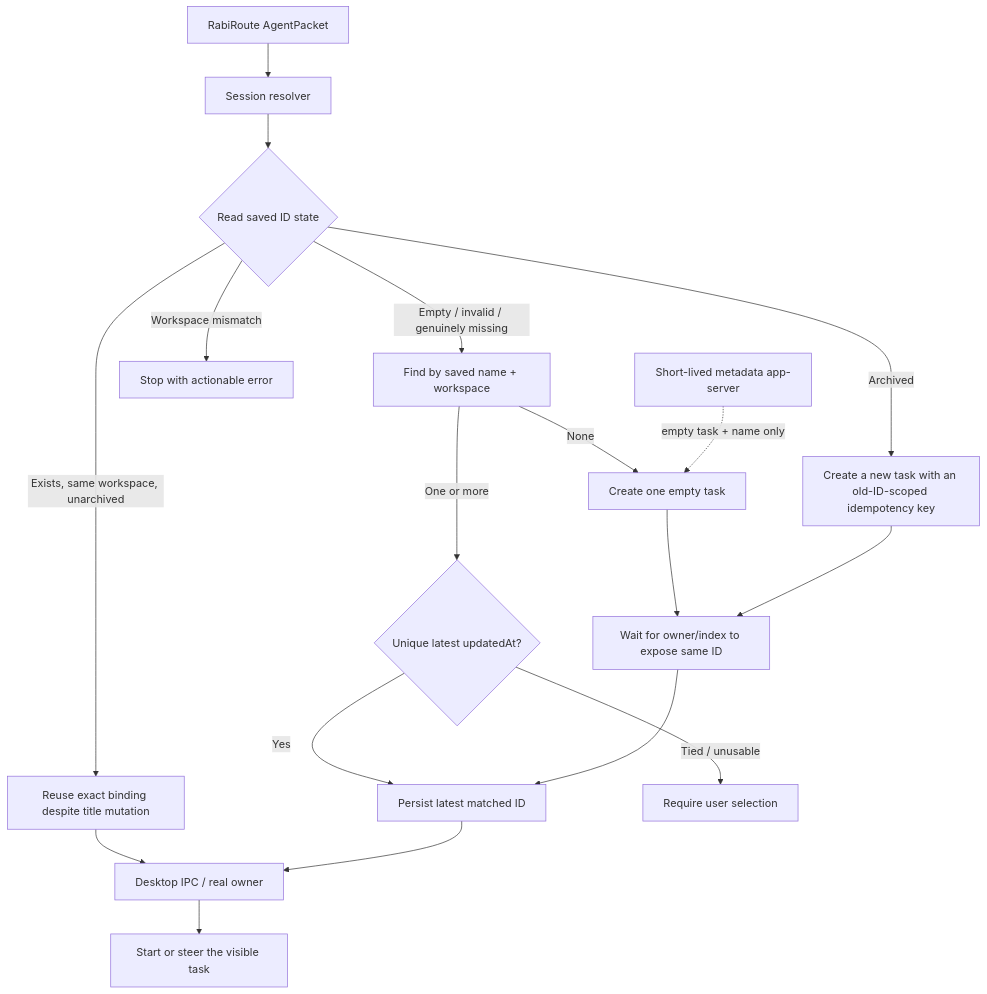
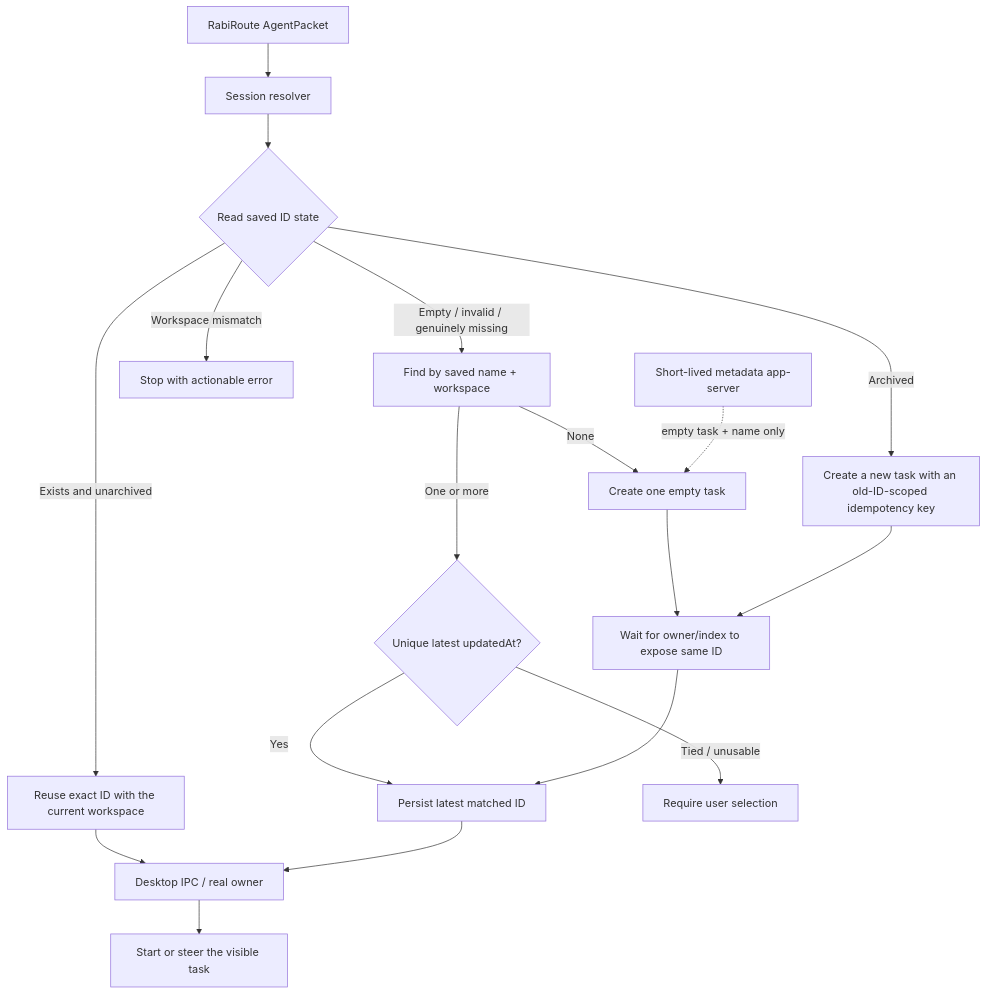
The diagram in docs/agent-adapter-integration-lessons_en.md (vb2250158/RabiRoute), drawn with Mermaid before and after one commit. The commit also changed other lines of this file and 140 other files, not shown here.

````diff
--- a/docs/agent-adapter-integration-lessons_en.md
+++ b/docs/agent-adapter-integration-lessons_en.md
@@ -109,20 +109,20 @@
 ```mermaid
 flowchart TD
     R["RabiRoute AgentPacket"] --> S["Session resolver"]
     S --> I{"Read saved ID state"}
-    I -->|"Exists, same workspace, unarchived"| B["Reuse exact binding despite title mutation"]
+    I -->|"Exists and unarchived"| B["Reuse exact ID with the current workspace"]
     I -->|"Empty / invalid / genuinely missing"| N["Find by saved name + workspace"]
     I -->|"Archived"| C2["Create a new task with an old-ID-scoped idempotency key"]
     I -->|"Workspace mismatch"| F["Stop with actionable error"]
     N -->|"One or more"| L{"Unique latest updatedAt?"}
     L -->|"Yes"| P["Persist latest matched ID"]
     L -->|"Tied / unusable"| A["Require user selection"]
     N -->|"None"| C["Create one empty task"]
     C --> W["Wait for owner/index to expose same ID"]
     C2 --> W
     W --> P
     B --> D["Desktop IPC / real owner"]
     P --> D
     D --> T["Start or steer the visible task"]
     X["Short-lived metadata app-server"] -. "empty task + name only" .-> C
 ```
````
